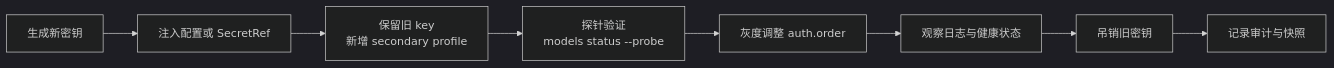
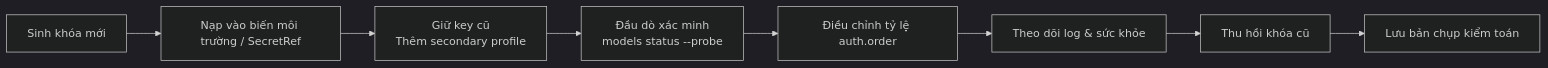
One commit to dino-edu/openclaw_guide changed the second of 2 diagrams in 11_reliability_security/11.1_auth_profiles.md. Above: the diagram before and after it, drawn with Mermaid (dark theme). The commit also changed other lines of this file and 27 other files, not shown here.

````diff
--- a/11_reliability_security/11.1_auth_profiles.md
+++ b/11_reliability_security/11.1_auth_profiles.md
@@ -68,10 +60,10 @@
 ```mermaid
 flowchart LR
-  A["生成新密钥"] --> B["注入配置或 SecretRef"]
-  B --> C["保留旧 key<br/>新增 secondary profile"]
-  C --> D["探针验证<br/>models status --probe"]
-  D --> E["灰度调整 auth.order"]
-  E --> F["观察日志与健康状态"]
-  F --> G["吊销旧密钥"]
-  G --> H["记录审计与快照"]
+  A["Sinh khóa mới"] --> B["Nạp vào biến môi trường / SecretRef"]
+  B --> C["Giữ key cũ<br/>Thêm secondary profile"]
+  D --> E["Điều chỉnh tỷ lệ auth.order"]
+  C --> D["Đầu dò xác minh<br/>models status --probe"]
+  E --> F["Theo dõi log & sức khỏe"]
+  F --> G["Thu hồi khóa cũ"]
+  G --> H["Lưu bản chụp kiểm toán"]
 ```
````
